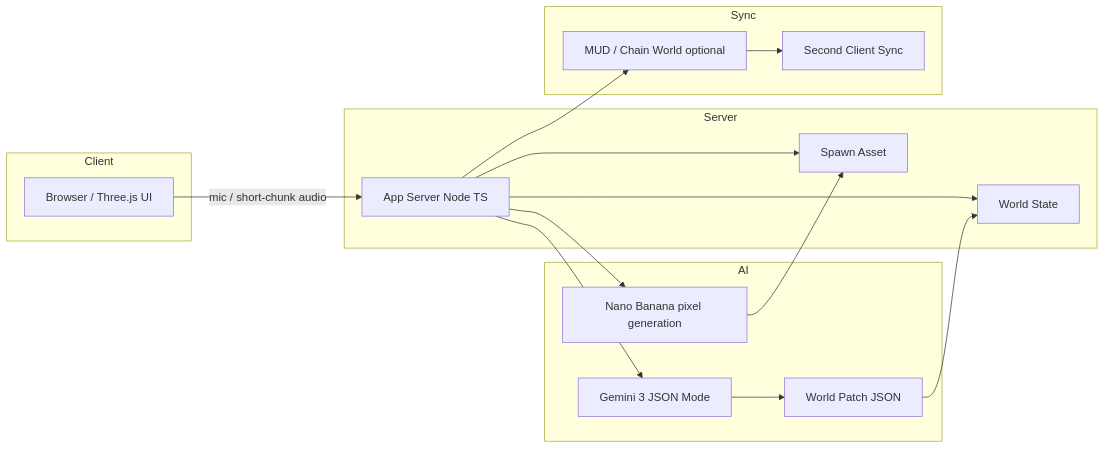
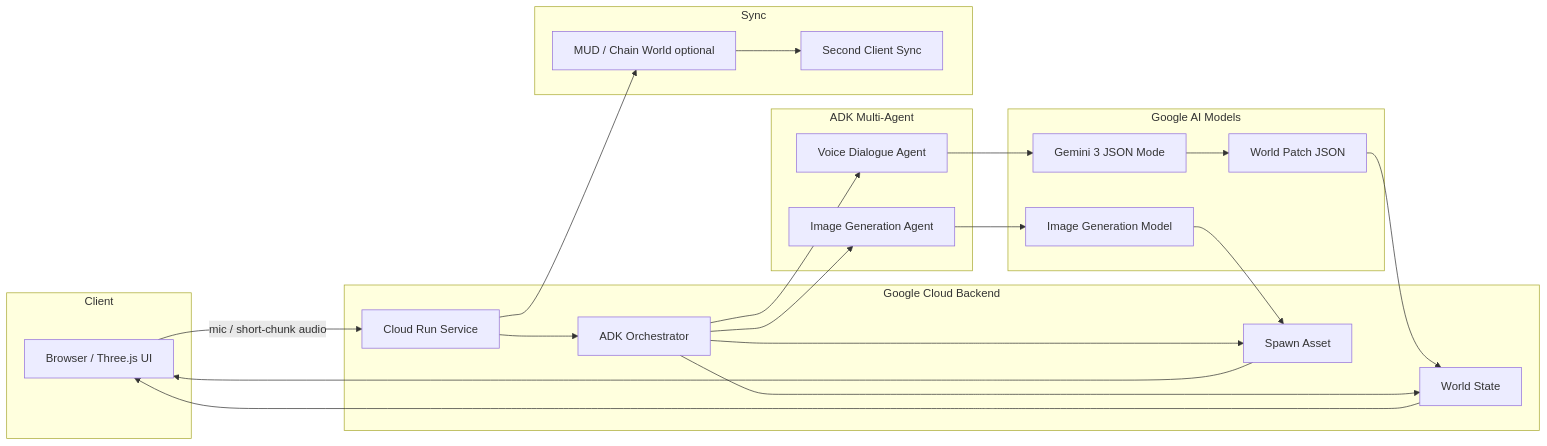
Before and after one commit to mashharuki/202602-Gemini3-Tokyo-Hackathon: the diagram in README.md, drawn with Mermaid. The commit also changed other lines of this file and 50 other files, not shown here.

````diff
--- a/README.md
+++ b/README.md
@@ -83,34 +83,45 @@
 ```mermaid
 flowchart LR
   subgraph Client
     UI["Browser / Three.js UI"];
   end
 
-  subgraph Server
-    S["App Server Node TS"];
+  subgraph Backend["Google Cloud Backend"]
+    S["Cloud Run Service"];
+    O["ADK Orchestrator"];
     W["World State"];
     A["Spawn Asset"];
   end
 
-  subgraph AI
+  subgraph Agents["ADK Multi-Agent"]
+    V["Voice Dialogue Agent"];
+    I["Image Generation Agent"];
+  end
+
+  subgraph AI["Google AI Models"]
     G["Gemini 3 JSON Mode"];
+    IMG["Image Generation Model"];
     P["World Patch JSON"];
-    N["Nano Banana pixel generation"];
   end
 
   subgraph Sync
     C["MUD / Chain World optional"];
     UI2["Second Client Sync"];
   end
 
   UI -->|"mic / short-chunk audio"| S;
-  S --> G;
+  S --> O;
+  O --> V;
+  O --> I;
+  V --> G;
   G --> P;
   P --> W;
-  S --> W;
-  S --> N;
-  N --> A;
-  S --> A;
+  O --> W;
+  I --> IMG;
+  IMG --> A;
+  O --> A;
+  W --> UI;
+  A --> UI;
   S --> C;
   C --> UI2;
 ```
````
